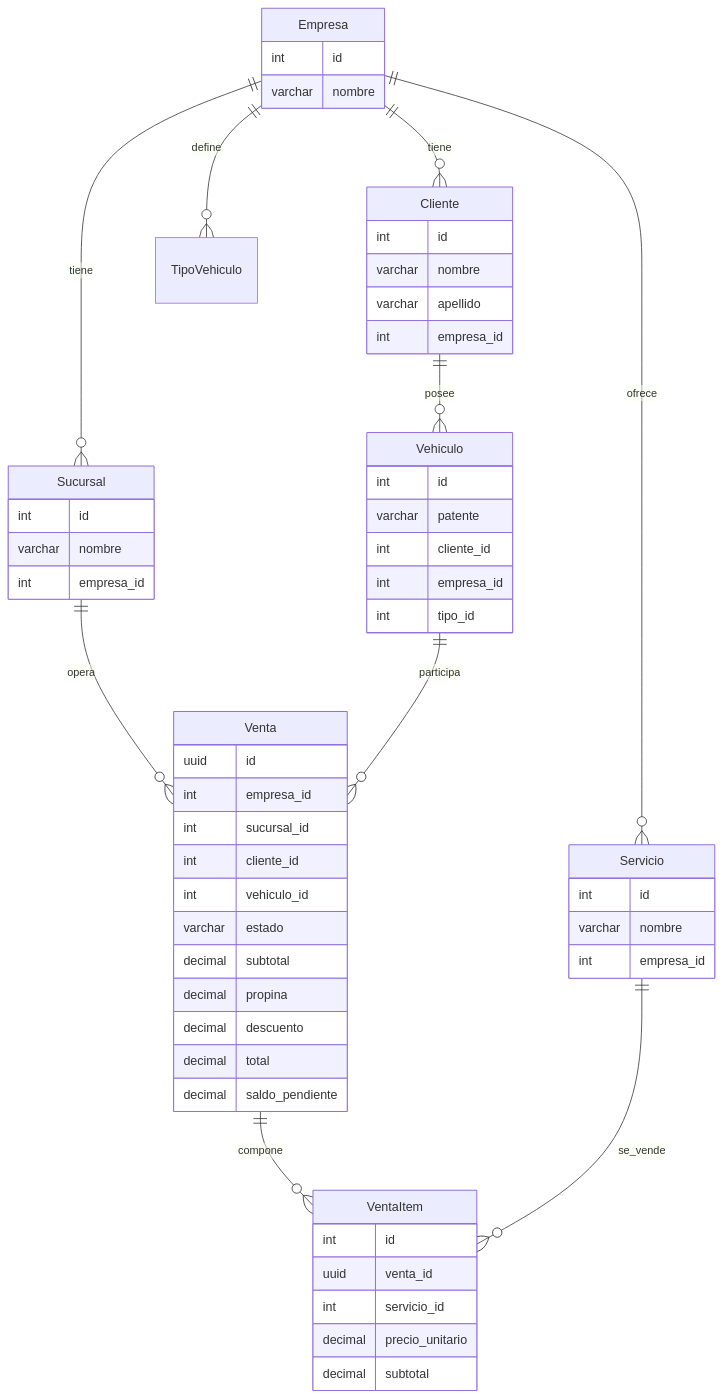
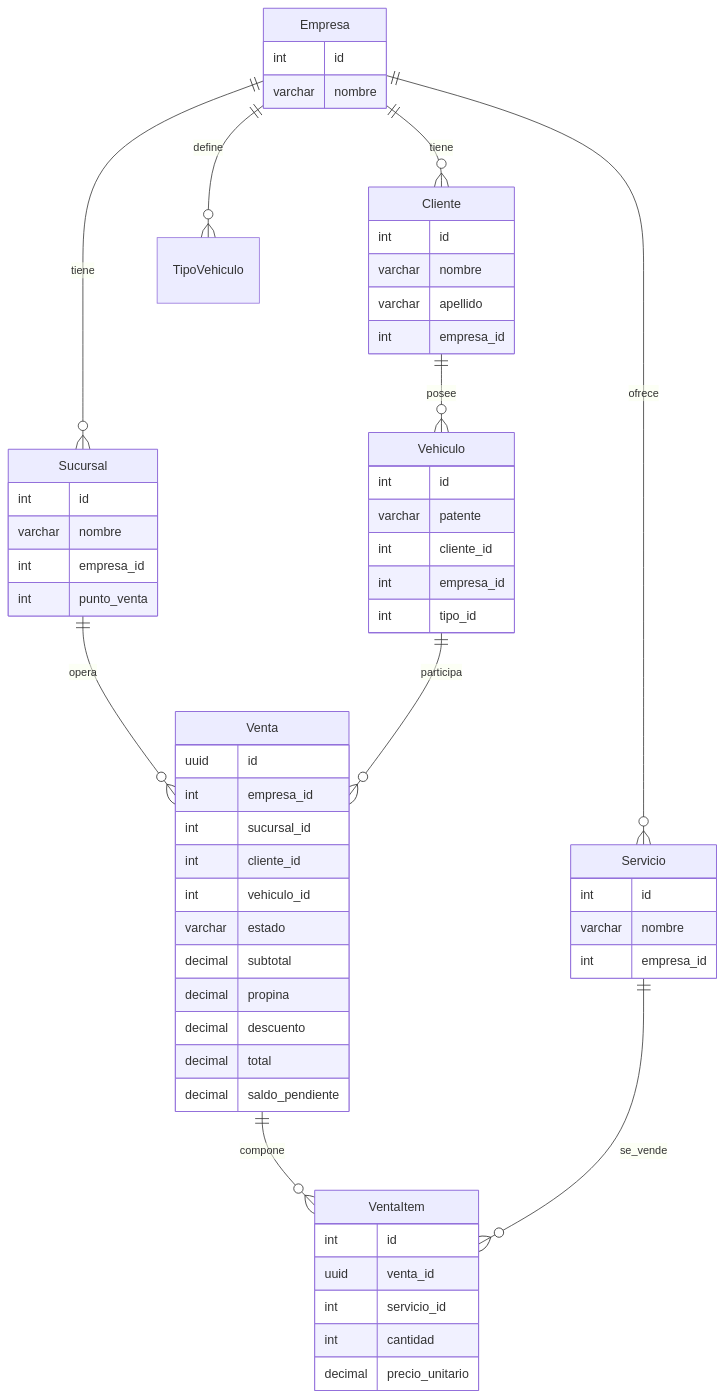
One commit to IgnacioVelazquez92/LavaderApp changed diagram 27 of 31 in README.md. Above: the diagram before and after it, drawn with Mermaid. The commit also changed other lines of this file and 15 other files, not shown here.

````diff
--- a/README.md
+++ b/README.md
@@ -2649,38 +2661,39 @@
 ```mermaid
 erDiagram
     Empresa ||--o{ Sucursal : tiene
     Empresa ||--o{ Cliente  : tiene
     Empresa ||--o{ TipoVehiculo : define
     Empresa ||--o{ Servicio : ofrece
     Cliente ||--o{ Vehiculo : posee
     Sucursal ||--o{ Venta   : opera
     Venta ||--o{ VentaItem  : compone
     Servicio ||--o{ VentaItem : se_vende
     Vehiculo ||--o{ Venta    : participa
 
     Empresa { int id varchar nombre }
-    Sucursal { int id varchar nombre int empresa_id }
+    Sucursal { int id varchar nombre int empresa_id int punto_venta }
     Cliente { int id varchar nombre varchar apellido int empresa_id }
     Vehiculo { int id varchar patente int cliente_id int empresa_id int tipo_id }
     Servicio { int id varchar nombre int empresa_id }
     Venta {
         uuid id
         int empresa_id
         int sucursal_id
         int cliente_id
         int vehiculo_id
         varchar estado
         decimal subtotal
         decimal propina
         decimal descuento
         decimal total
         decimal saldo_pendiente
     }
     VentaItem {
         int id
         uuid venta_id
         int servicio_id
+        int cantidad
         decimal precio_unitario
-        decimal subtotal
+        %% subtotal se calcula (propiedad)
     }
 ```
````
